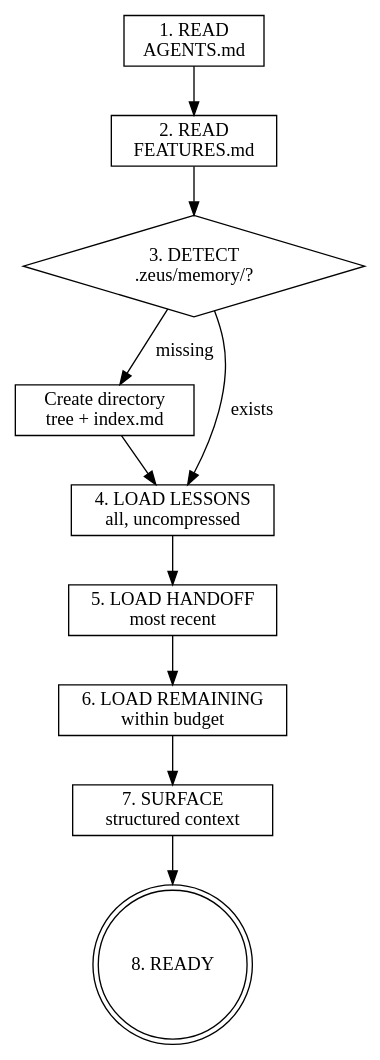
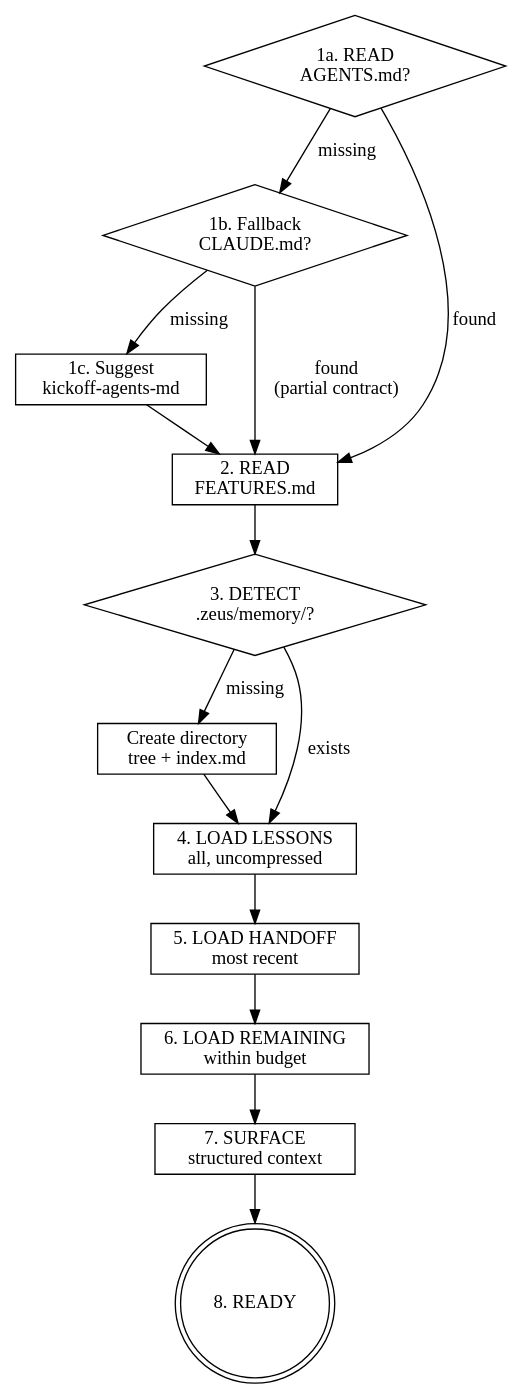
The diagram in skills/session-init/SKILL.md (rainhan99/zeus), drawn with Graphviz before and after one commit. The commit also changed other lines of this file and 2 other files, not shown here.

First line of the commit message:
feat: add CLAUDE.md fallback chain for projects without AGENTS.md

````diff
--- a/skills/session-init/SKILL.md
+++ b/skills/session-init/SKILL.md
@@ -43,19 +55,26 @@
 ```dot
 digraph session_init {
-  agents_md [label="1. READ\nAGENTS.md", shape=box];
+  agents_md [label="1a. READ\nAGENTS.md?", shape=diamond];
+  claude_md [label="1b. Fallback\nCLAUDE.md?", shape=diamond];
+  suggest_kickoff [label="1c. Suggest\nkickoff-agents-md", shape=box];
   features [label="2. READ\nFEATURES.md", shape=box];
   detect [label="3. DETECT\n.zeus/memory/?", shape=diamond];
   create_mem [label="Create directory\ntree + index.md", shape=box];
   lessons [label="4. LOAD LESSONS\nall, uncompressed", shape=box];
   handoff [label="5. LOAD HANDOFF\nmost recent", shape=box];
   budget_load [label="6. LOAD REMAINING\nwithin budget", shape=box];
   surface [label="7. SURFACE\nstructured context", shape=box];
   ready [label="8. READY", shape=doublecircle];
 
-  agents_md -> features -> detect;
+  agents_md -> features [label="found"];
+  agents_md -> claude_md [label="missing"];
+  claude_md -> features [label="found\n(partial contract)"];
+  claude_md -> suggest_kickoff [label="missing"];
+  suggest_kickoff -> features;
+  features -> detect;
   detect -> create_mem [label="missing"];
   detect -> lessons [label="exists"];
   create_mem -> lessons;
   lessons -> handoff -> budget_load -> surface -> ready;
 }
 ```
````
